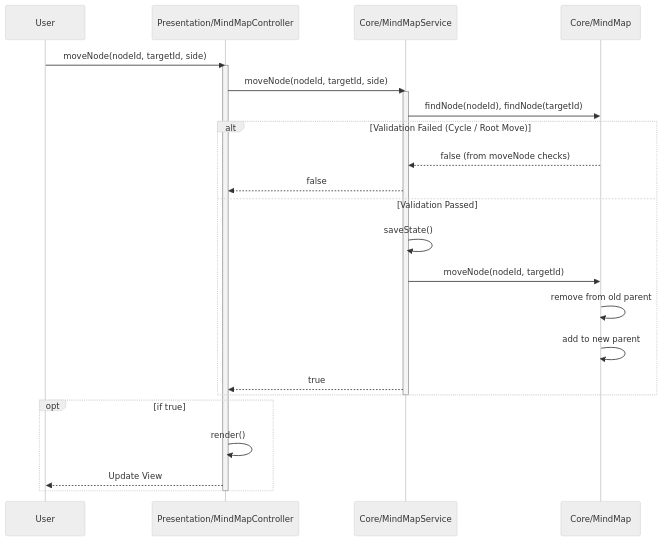
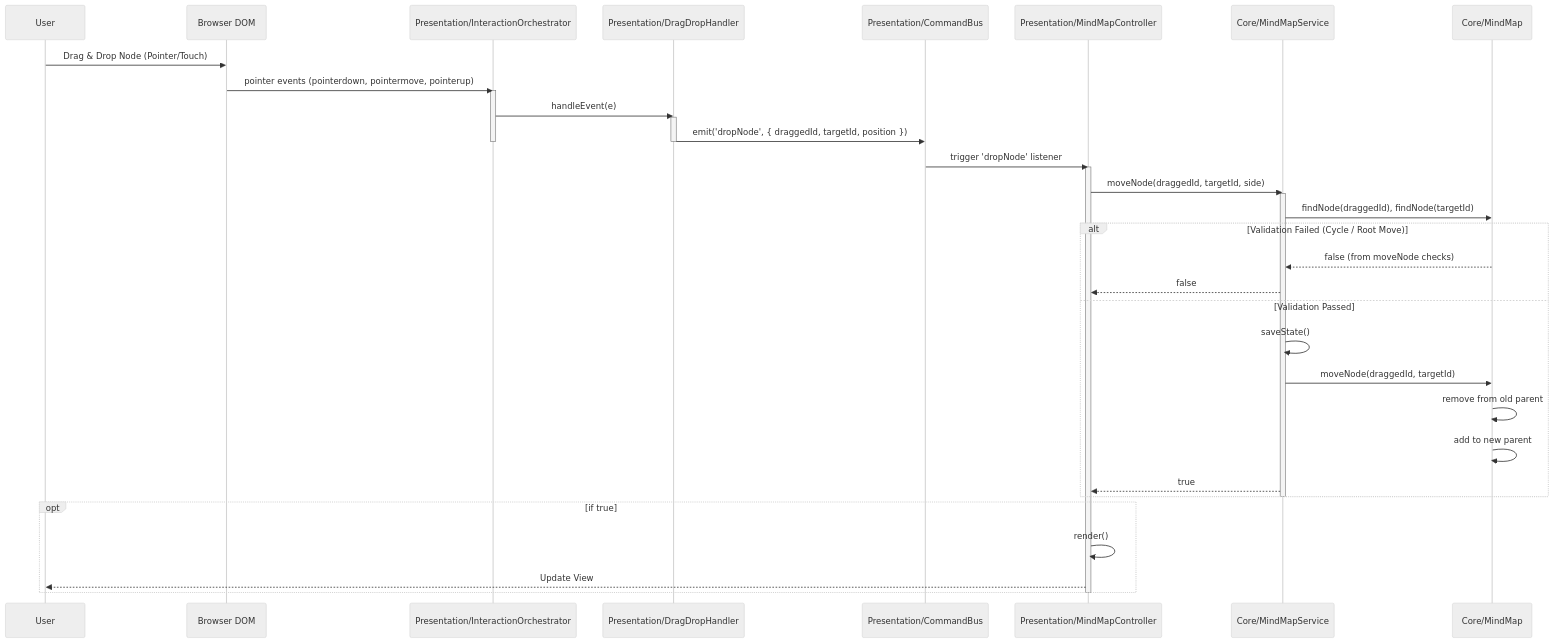
The fifth of 7 diagrams in docs/SOFTWARE_ARCHITECTURE.md (hiroooo000/kakidash), drawn with Mermaid (neutral theme) before and after one commit. The commit also changed other lines of this file and 10 other files, not shown here.

Commit message:
feat(interaction): migrate drag and drop to pointer events (#89)

````diff
--- a/docs/SOFTWARE_ARCHITECTURE.md
+++ b/docs/SOFTWARE_ARCHITECTURE.md
@@ -311,33 +324,46 @@
 ```mermaid
 sequenceDiagram
     participant User
+    participant DOM as Browser DOM
+    participant Orch as Presentation/InteractionOrchestrator
+    participant Handler as Presentation/DragDropHandler
+    participant Bus as Presentation/CommandBus
     participant Controller as Presentation/MindMapController
     participant Service as Core/MindMapService
     participant Entity as Core/MindMap
 
-    User->>Controller: moveNode(nodeId, targetId, side)
+    User->>DOM: Drag & Drop Node (Pointer/Touch)
+    DOM->>Orch: pointer events (pointerdown, pointermove, pointerup)
+    activate Orch
+    Orch->>Handler: handleEvent(e)
+    activate Handler
+    Handler->>Bus: emit('dropNode', { draggedId, targetId, position })
+    deactivate Handler
+    deactivate Orch
+
+    Bus->>Controller: trigger 'dropNode' listener
     activate Controller
 
-    Controller->>Service: moveNode(nodeId, targetId, side)
+    Controller->>Service: moveNode(draggedId, targetId, side)
     activate Service
 
-    Service->>Entity: findNode(nodeId), findNode(targetId)
+    Service->>Entity: findNode(draggedId), findNode(targetId)
 
     alt Validation Failed (Cycle / Root Move)
         Entity-->>Service: false (from moveNode checks)
         Service-->>Controller: false
     else Validation Passed
         Service->>Service: saveState()
-        Service->>Entity: moveNode(nodeId, targetId)
+        Service->>Entity: moveNode(draggedId, targetId)
         Entity->>Entity: remove from old parent
         Entity->>Entity: add to new parent
         Service-->>Controller: true
     end
     deactivate Service
 
     opt if true
         Controller->>Controller: render()
         Controller-->>User: Update View
     end
     deactivate Controller
 ```
````
